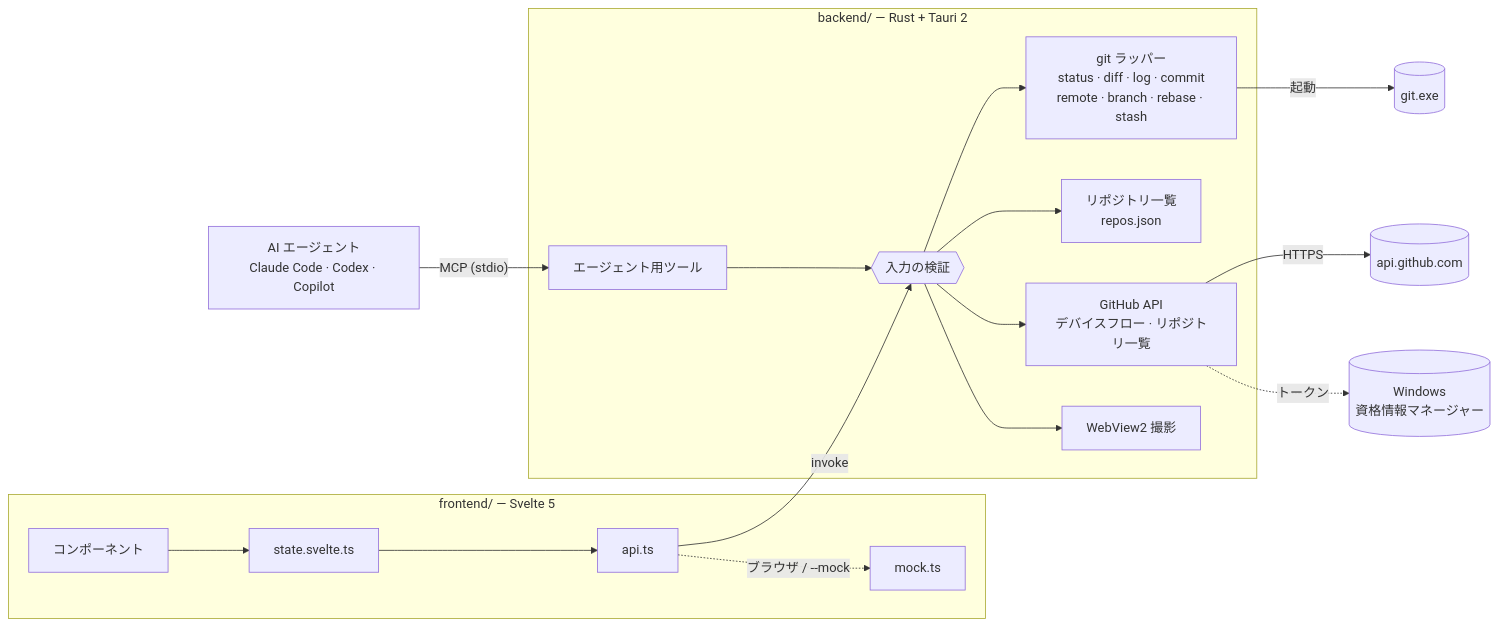
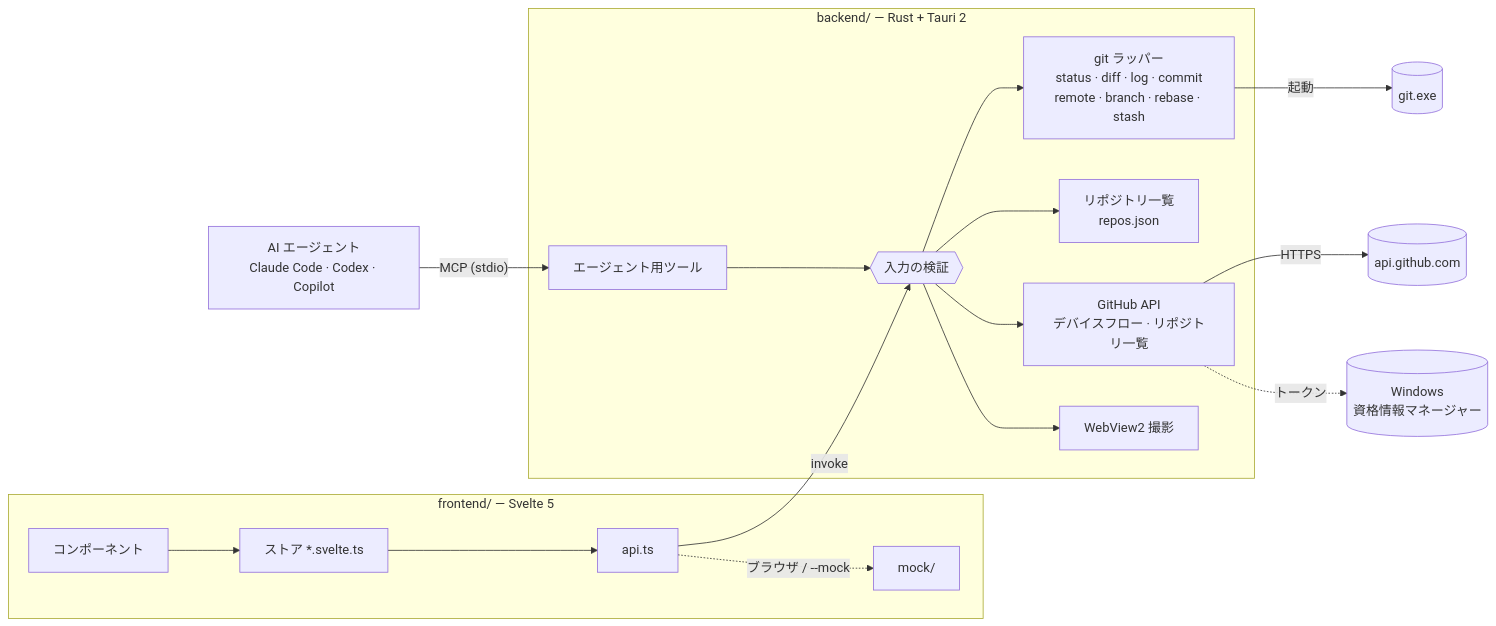
Before and after one commit to valneko-twoon2/Leveret: the diagram in README.ja.md, drawn with Mermaid. The commit also changed other lines of this file and 2 other files, not shown here.

````diff
--- a/README.ja.md
+++ b/README.ja.md
@@ -121,20 +121,20 @@
 ```mermaid
 flowchart LR
     subgraph UI["frontend/ — Svelte 5"]
-        C[コンポーネント] --> S[state.svelte.ts]
+        C[コンポーネント] --> S[ストア *.svelte.ts]
         S --> A[api.ts]
-        A -. ブラウザ / --mock .-> M[mock.ts]
+        A -. ブラウザ / --mock .-> M[mock/]
     end
     subgraph Core["backend/ — Rust + Tauri 2"]
         V{{入力の検証}} --> G[git ラッパー<br>status · diff · log · commit<br>remote · branch · rebase · stash]
         V --> R[リポジトリ一覧<br>repos.json]
         V --> H[GitHub API<br>デバイスフロー · リポジトリ一覧]
         V --> P[WebView2 撮影]
         T[エージェント用ツール] --> V
     end
     A -- invoke --> V
     AG[AI エージェント<br>Claude Code · Codex · Copilot] -- "MCP (stdio)" --> T
     G -- 起動 --> X[(git.exe)]
     H -- HTTPS --> GH[(api.github.com)]
     H -. トークン .-> K[(Windows<br>資格情報マネージャー)]
 ```
````
